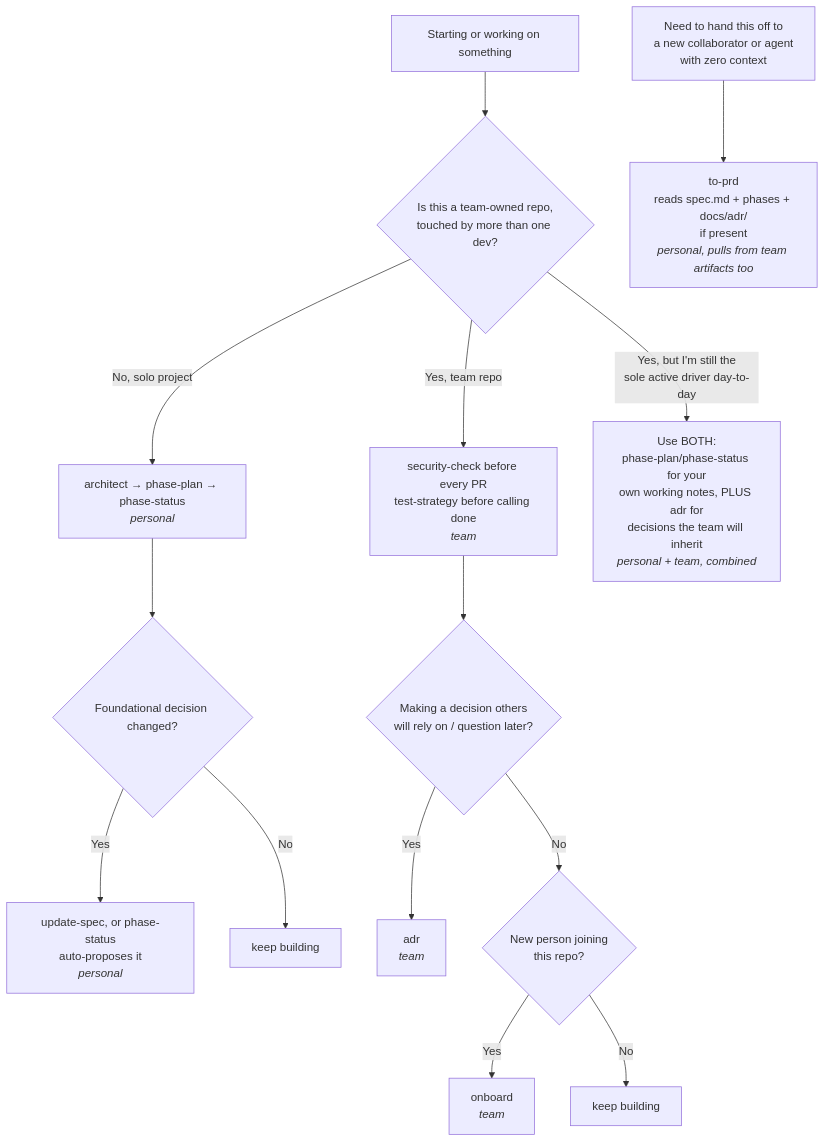
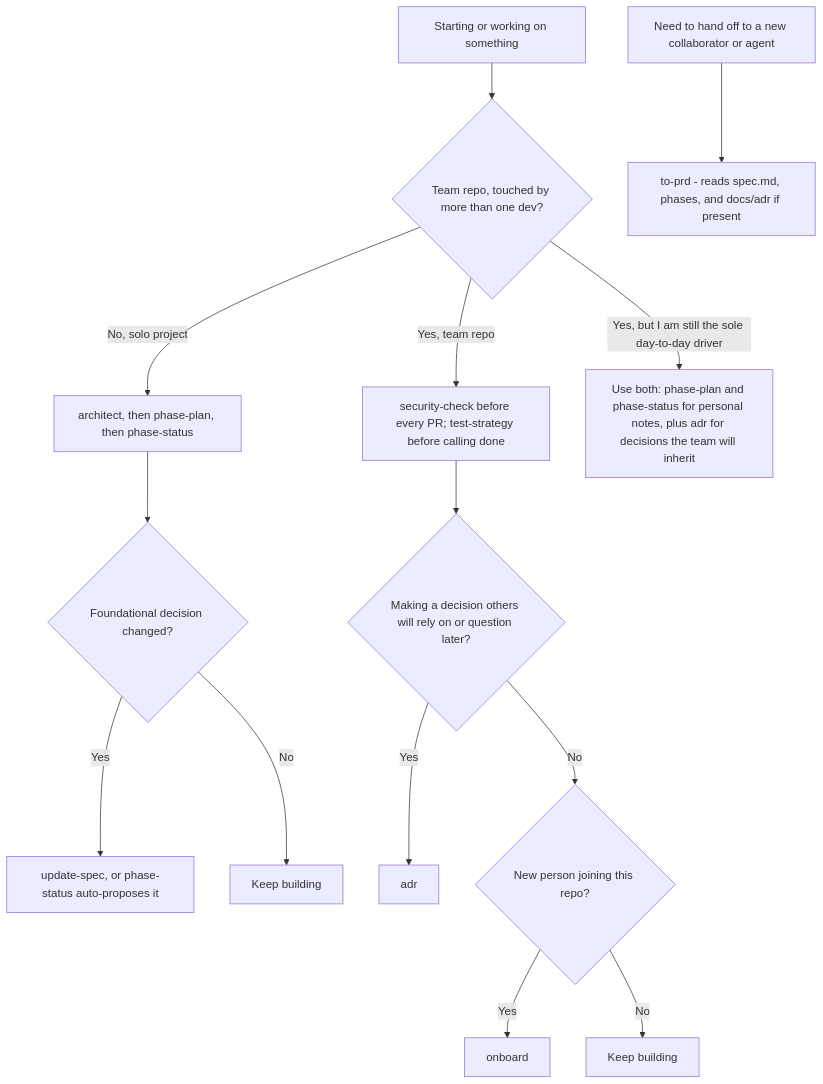
The diagram in README.md (Ben-Bobo/bens-skills), drawn with Mermaid before and after one commit. The commit also changed other lines of this file and 1 other file, not shown here.

Commit message:
personal+team

````diff
--- a/README.md
+++ b/README.md
@@ -7,20 +7,20 @@
 ```mermaid
 flowchart TD
-    A[Starting or working on something] --> B{Is this a team-owned repo,<br/>touched by more than one dev?}
-
-    B -- No, solo project --> C[architect → phase-plan → phase-status<br/><i>personal</i>]
+    A[Starting or working on something] --> B{Team repo, touched by more than one dev?}
+ 
+    B -- No, solo project --> C["architect, then phase-plan, then phase-status"]
     C --> D{Foundational decision changed?}
-    D -- Yes --> E[update-spec, or phase-status<br/>auto-proposes it<br/><i>personal</i>]
-    D -- No --> F[keep building]
-
-    B -- Yes, team repo --> G[security-check before every PR<br/>test-strategy before calling done<br/><i>team</i>]
-    G --> H{Making a decision others<br/>will rely on / question later?}
-    H -- Yes --> I[adr<br/><i>team</i>]
-    H -- No --> J{New person joining<br/>this repo?}
-    J -- Yes --> K[onboard<br/><i>team</i>]
-    J -- No --> L[keep building]
-
-    B -- Yes, but I'm still the<br/>sole active driver day-to-day --> M[Use BOTH:<br/>phase-plan/phase-status for your<br/>own working notes, PLUS adr for<br/>decisions the team will inherit<br/><i>personal + team, combined</i>]
-
-    N[Need to hand this off to<br/>a new collaborator or agent<br/>with zero context] --> O[to-prd<br/>reads spec.md + phases + docs/adr/<br/>if present<br/><i>personal, pulls from team artifacts too</i>]
+    D -- Yes --> E["update-spec, or phase-status auto-proposes it"]
+    D -- No --> F[Keep building]
+ 
+    B -- Yes, team repo --> G["security-check before every PR; test-strategy before calling done"]
+    G --> H{Making a decision others will rely on or question later?}
+    H -- Yes --> I[adr]
+    H -- No --> J{New person joining this repo?}
+    J -- Yes --> K[onboard]
+    J -- No --> L[Keep building]
+ 
+    B -- Yes, but I am still the sole day-to-day driver --> M["Use both: phase-plan and phase-status for personal notes, plus adr for decisions the team will inherit"]
+ 
+    N[Need to hand off to a new collaborator or agent] --> O["to-prd - reads spec.md, phases, and docs/adr if present"]
 ```
````
